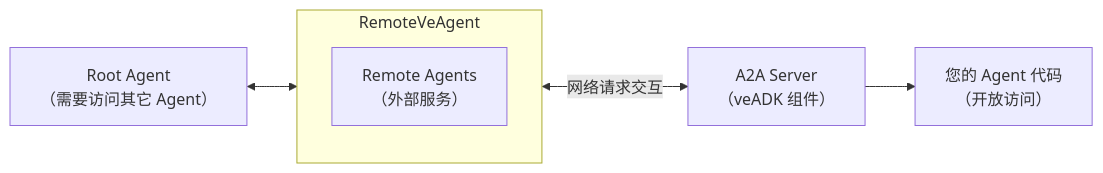
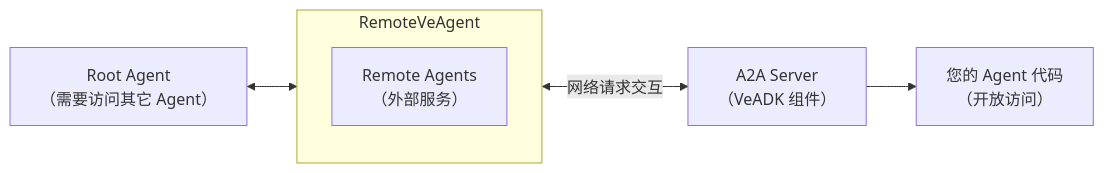
One commit to volcengine/veadk-python changed the first of 2 diagrams in docs/docs/agent/agent-to-agent.md. Above: the diagram before and after it, drawn with Mermaid. The commit also changed other lines of this file and 9 other files, not shown here.

````diff
--- a/docs/docs/agent/agent-to-agent.md
+++ b/docs/docs/agent/agent-to-agent.md
@@ -43,12 +43,12 @@
 ```mermaid
 flowchart LR
         A[Root Agent<br/>（需要访问其它 Agent）<br/>]
         subgraph RemoteVeAgent
             D[Remote Agents<br/>（外部服务）<br/>]  
         end
         A <-->RemoteVeAgent
         B[您的 Agent 代码<br/>（开放访问）<br/>]
-        C[A2A Server<br/>（veADK 组件）<br/>] 
+        C[A2A Server<br/>（VeADK 组件）<br/>] 
         C -->B
         RemoteVeAgent <-->|网络请求交互|C
 ```
````
